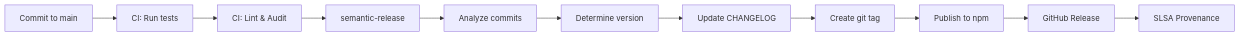
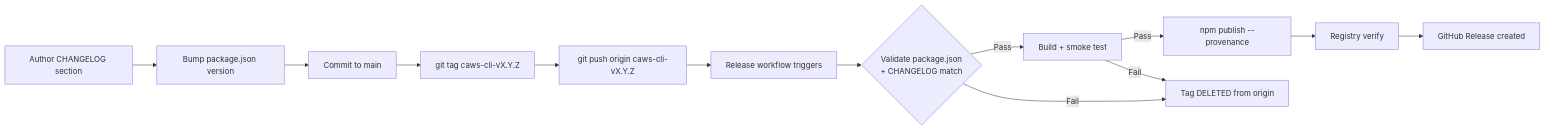
One commit to Paths-Design/coding-agent-working-standard changed the second of 2 diagrams in docs/DEPLOYMENT.md. Above: the diagram before and after it, drawn with Mermaid. The commit also changed other lines of this file and 6 other files, not shown here.

First line of the commit message:
docs(caws): rewrite release/ops docs to the tag-driven v11 pipeline

````diff
--- a/docs/DEPLOYMENT.md
+++ b/docs/DEPLOYMENT.md
@@ -200,13 +200,15 @@
 ```mermaid
 graph LR
-    A[Commit to main] --> B[CI: Run tests]
-    B --> C[CI: Lint & Audit]
-    C --> D[semantic-release]
-    D --> E[Analyze commits]
-    E --> F[Determine version]
-    F --> G[Update CHANGELOG]
-    G --> H[Create git tag]
-    H --> I[Publish to npm]
-    I --> J[GitHub Release]
-    J --> K[SLSA Provenance]
+    A[Author CHANGELOG section] --> B[Bump package.json version]
+    B --> C[Commit to main]
+    C --> D[git tag caws-cli-vX.Y.Z]
+    D --> E[git push origin caws-cli-vX.Y.Z]
+    E --> F[Release workflow triggers]
+    F --> G{Validate package.json<br>+ CHANGELOG match}
+    G -->|Pass| H[Build + smoke test]
+    H -->|Pass| I[npm publish --provenance]
+    I --> J[Registry verify]
+    J --> K[GitHub Release created]
+    G -->|Fail| L[Tag DELETED from origin]
+    H -->|Fail| L
 ```
````
